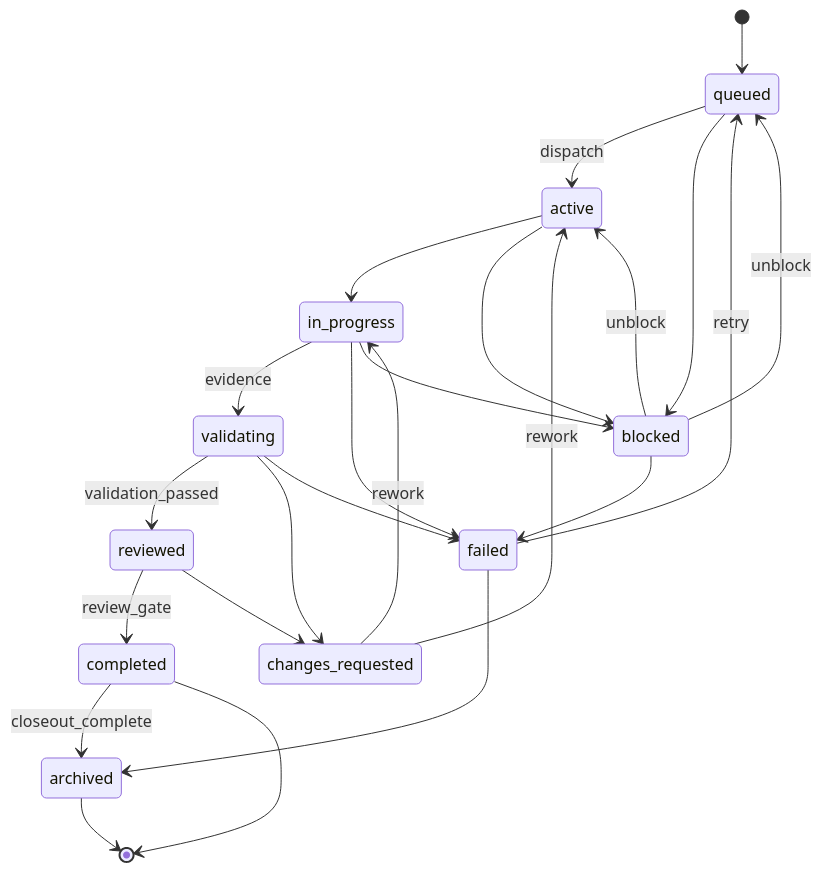
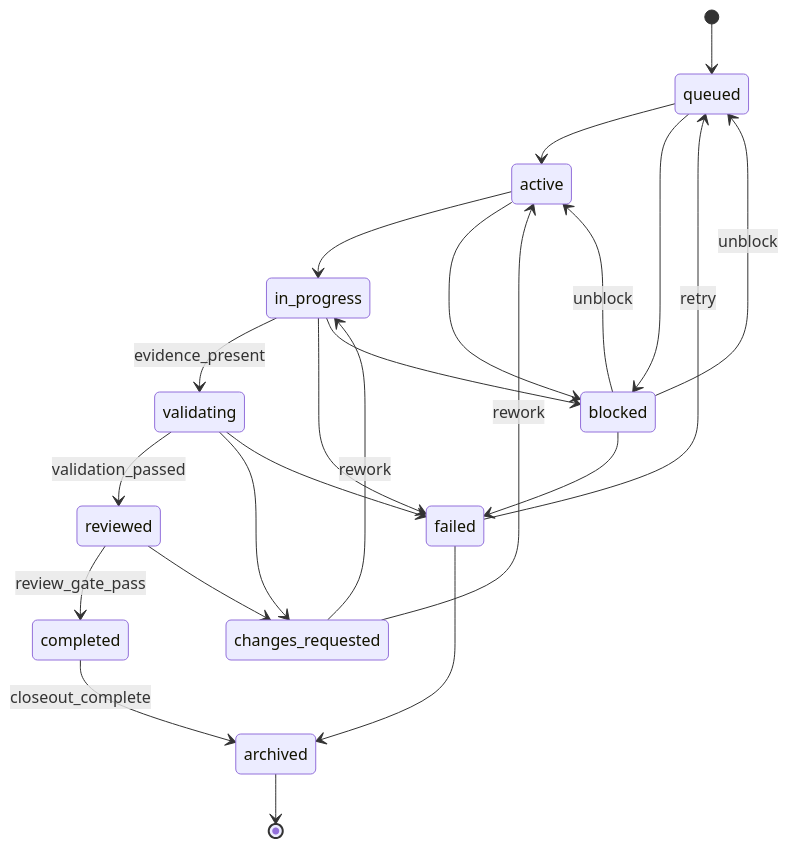
Before and after one commit to kas1987/chromatic-atomic-tower: the second of 2 diagrams in docs/architecture/STATE_MACHINE.md, drawn with Mermaid. The commit also changed other lines of this file and 2 other files, not shown here.

First line of the commit message:
fix(state-machine): address PR #14 review feedback (#17)

````diff
--- a/docs/architecture/STATE_MACHINE.md
+++ b/docs/architecture/STATE_MACHINE.md
@@ -63,26 +62,25 @@
 ```mermaid
 stateDiagram-v2
     [*] --> queued
-    queued --> active: dispatch
+    queued --> active
     queued --> blocked
     active --> in_progress
     active --> blocked
-    in_progress --> validating: evidence
+    in_progress --> validating: evidence_present
     in_progress --> failed
     in_progress --> blocked
     validating --> reviewed: validation_passed
     validating --> changes_requested
     validating --> failed
-    reviewed --> completed: review_gate
+    reviewed --> completed: review_gate_pass
     reviewed --> changes_requested
     changes_requested --> in_progress: rework
     changes_requested --> active: rework
     completed --> archived: closeout_complete
     failed --> queued: retry
     failed --> archived
     blocked --> active: unblock
     blocked --> queued: unblock
     blocked --> failed
-    completed --> [*]
     archived --> [*]
 ```
````
